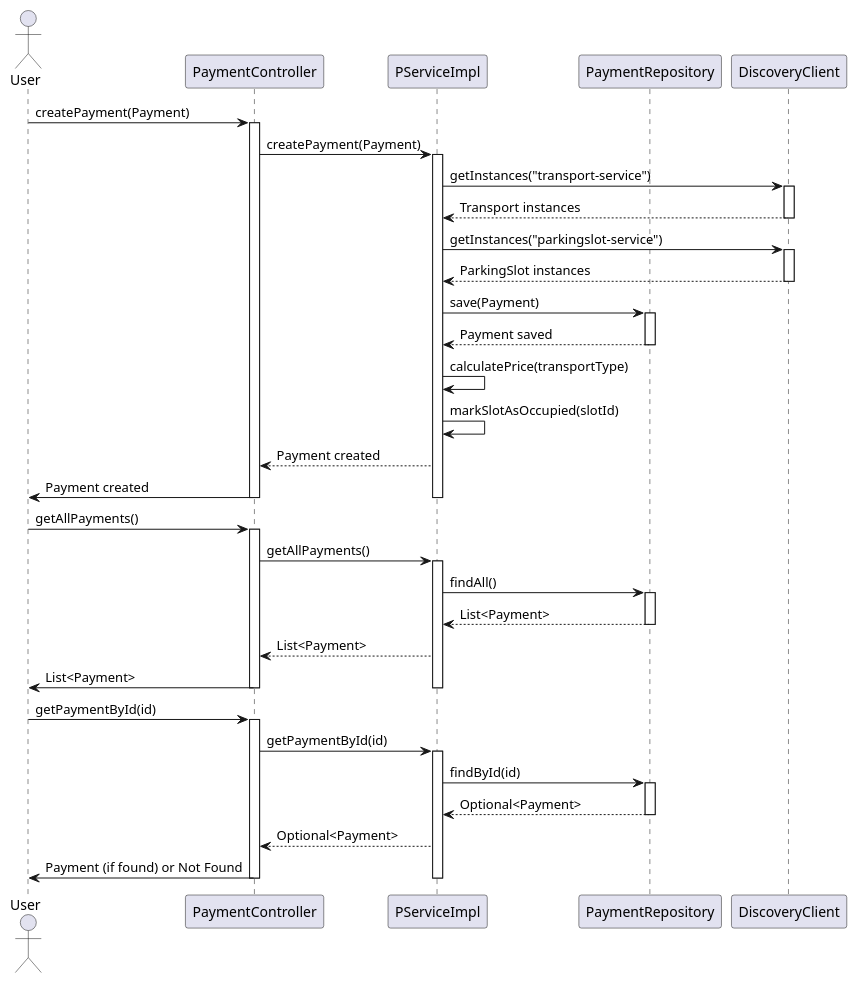
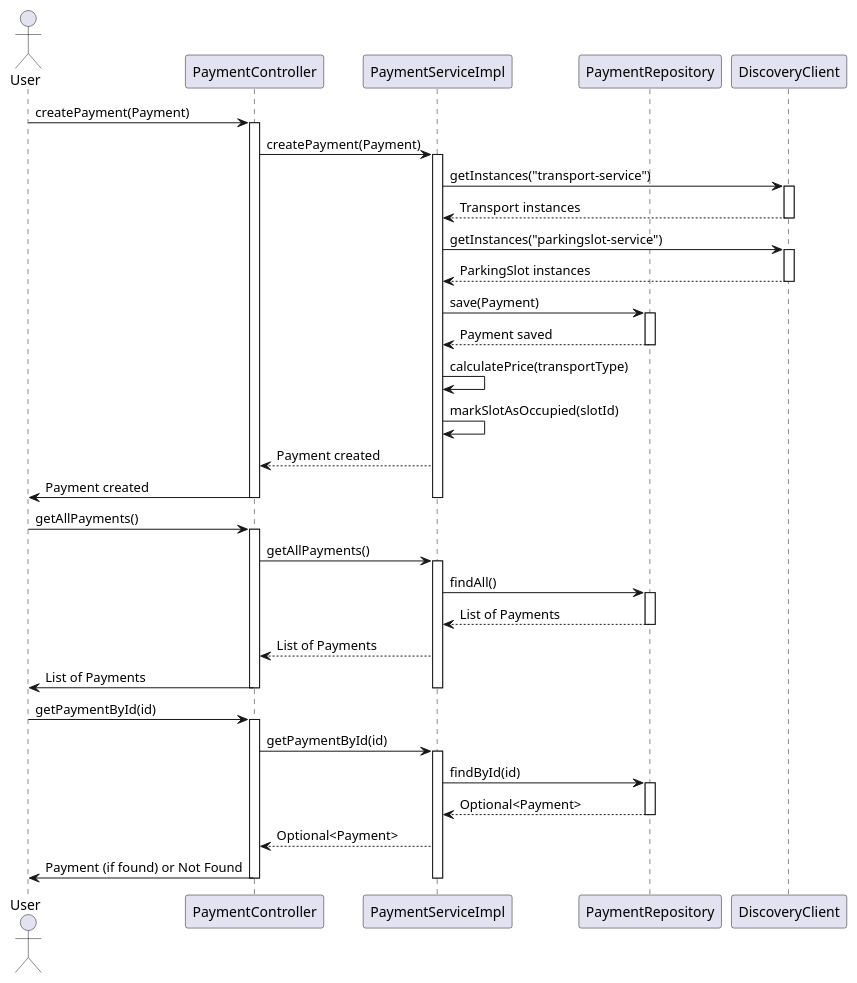
Before and after one commit to RakusasuDorea/MicroserviceDemo: the diagram in payment-service/src/uml/Payment.puml, drawn with PlantUML. The commit also changed 15 other files, not shown here.

Commit message:
Fix Naming Conventions, Best Practices, UML

```diff
--- a/payment-service/src/uml/Payment.puml
+++ b/payment-service/src/uml/Payment.puml
@@ -1,63 +1,63 @@
 @startuml
 
 actor User
 participant PaymentController
-participant PServiceImpl
+participant PaymentServiceImpl
 participant PaymentRepository
 participant DiscoveryClient
 
 User -> PaymentController: createPayment(Payment)
 activate PaymentController
-PaymentController -> PServiceImpl: createPayment(Payment)
-activate PServiceImpl
+PaymentController -> PaymentServiceImpl: createPayment(Payment)
+activate PaymentServiceImpl
 
-PServiceImpl -> DiscoveryClient: getInstances("transport-service")
+PaymentServiceImpl -> DiscoveryClient: getInstances("transport-service")
 activate DiscoveryClient
-DiscoveryClient --> PServiceImpl: Transport instances
+DiscoveryClient --> PaymentServiceImpl: Transport instances
 deactivate DiscoveryClient
 
-PServiceImpl -> DiscoveryClient: getInstances("parkingslot-service")
+PaymentServiceImpl -> DiscoveryClient: getInstances("parkingslot-service")
 activate DiscoveryClient
-DiscoveryClient --> PServiceImpl: ParkingSlot instances
+DiscoveryClient --> PaymentServiceImpl: ParkingSlot instances
 deactivate DiscoveryClient
 
-PServiceImpl -> PaymentRepository: save(Payment)
+PaymentServiceImpl -> PaymentRepository: save(Payment)
 activate PaymentRepository
-PaymentRepository --> PServiceImpl: Payment saved
+PaymentRepository --> PaymentServiceImpl: Payment saved
 deactivate PaymentRepository
 
-PServiceImpl -> PServiceImpl: calculatePrice(transportType)
-PServiceImpl -> PServiceImpl: markSlotAsOccupied(slotId)
+PaymentServiceImpl -> PaymentServiceImpl: calculatePrice(transportType)
+PaymentServiceImpl -> PaymentServiceImpl: markSlotAsOccupied(slotId)
 
-PServiceImpl --> PaymentController: Payment created
+PaymentServiceImpl --> PaymentController: Payment created
 PaymentController -> User: Payment created
-deactivate PServiceImpl
+deactivate PaymentServiceImpl
 deactivate PaymentController
 
 User -> PaymentController: getAllPayments()
 activate PaymentController
-PaymentController -> PServiceImpl: getAllPayments()
-activate PServiceImpl
-PServiceImpl -> PaymentRepository: findAll()
+PaymentController -> PaymentServiceImpl: getAllPayments()
+activate PaymentServiceImpl
+PaymentServiceImpl -> PaymentRepository: findAll()
 activate PaymentRepository
-PaymentRepository --> PServiceImpl: List<Payment>
+PaymentRepository --> PaymentServiceImpl: List of Payments
 deactivate PaymentRepository
-PServiceImpl --> PaymentController: List<Payment>
-PaymentController -> User: List<Payment>
-deactivate PServiceImpl
+PaymentServiceImpl --> PaymentController: List of Payments
+PaymentController -> User: List of Payments
+deactivate PaymentServiceImpl
 deactivate PaymentController
 
 User -> PaymentController: getPaymentById(id)
 activate PaymentController
-PaymentController -> PServiceImpl: getPaymentById(id)
-activate PServiceImpl
-PServiceImpl -> PaymentRepository: findById(id)
+PaymentController -> PaymentServiceImpl: getPaymentById(id)
+activate PaymentServiceImpl
+PaymentServiceImpl -> PaymentRepository: findById(id)
 activate PaymentRepository
-PaymentRepository --> PServiceImpl: Optional<Payment>
+PaymentRepository --> PaymentServiceImpl: Optional<Payment>
 deactivate PaymentRepository
-PServiceImpl --> PaymentController: Optional<Payment>
+PaymentServiceImpl --> PaymentController: Optional<Payment>
 PaymentController -> User: Payment (if found) or Not Found
-deactivate PServiceImpl
+deactivate PaymentServiceImpl
 deactivate PaymentController
 
 @enduml
```
